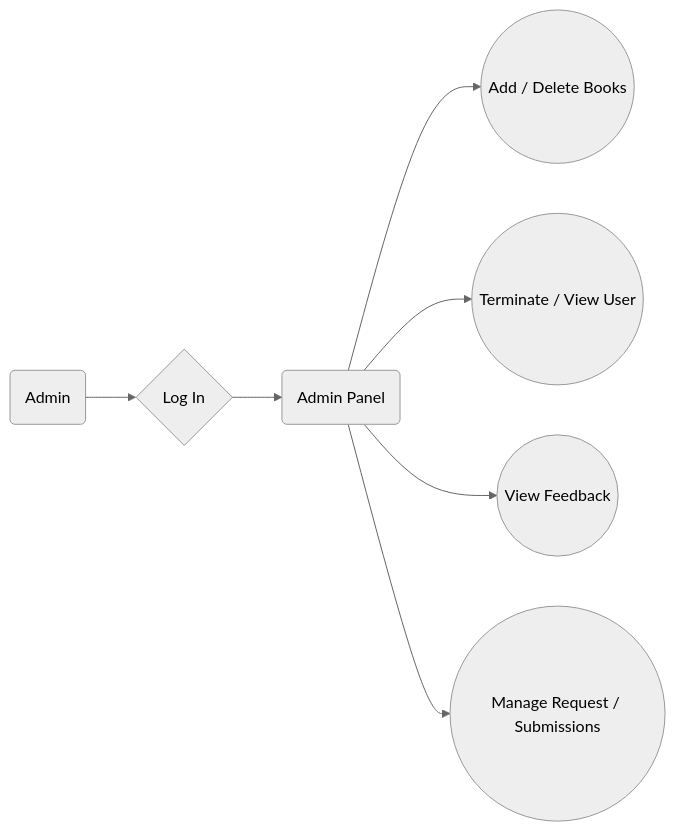
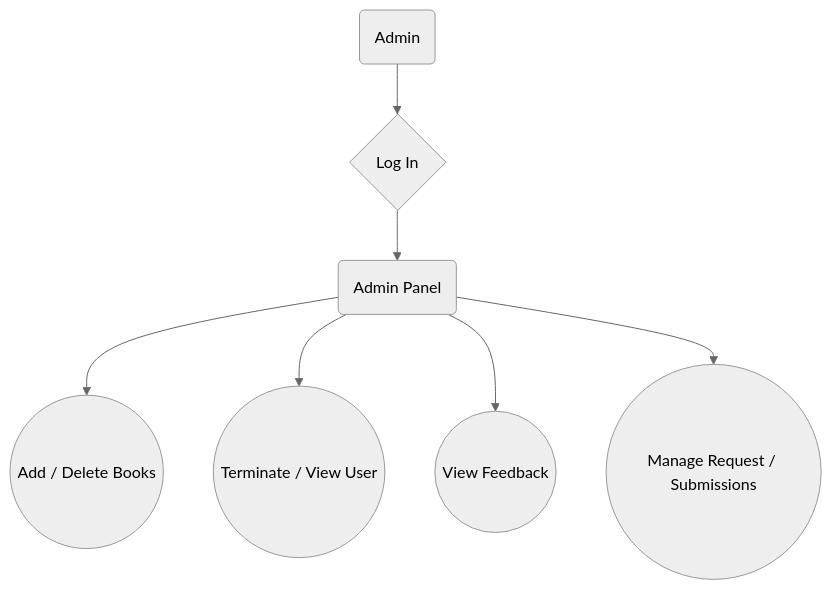
One commit to kunurudra41/eLibrary changed the third of 3 diagrams in README.md. Above: the diagram before and after it, drawn with Mermaid (neutral theme).

````diff
--- a/README.md
+++ b/README.md
@@ -72,10 +72,10 @@
 ```mermaid
 
-graph LR
+graph TB
 a(Admin) --> b{Log In} --> c(Admin Panel)
 c-->d((Add / Delete Books))
 c-->e((Terminate / View User))
 c-->f((View Feedback))
 c-->g((Manage Request / Submissions))
 
 ```
````
